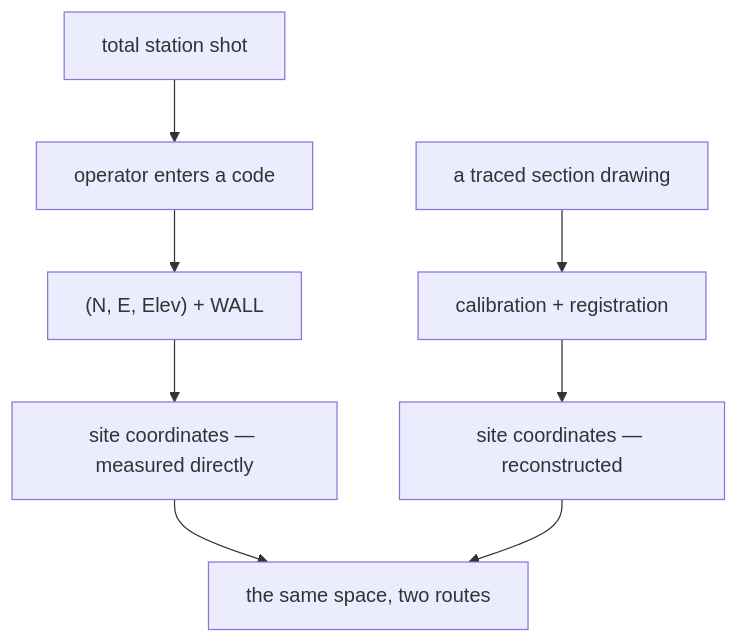
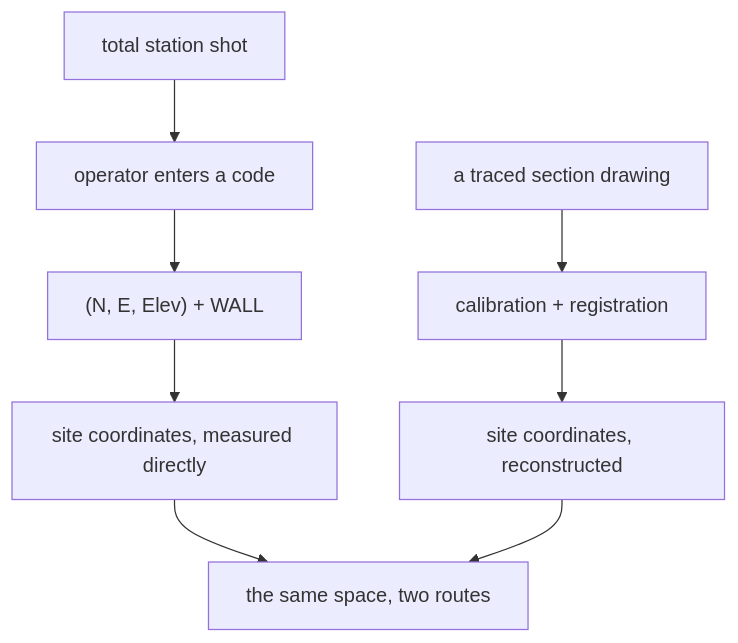
Before and after one commit to jennarbates/StratigraphyGenerator: the diagram in docs/archaeology/survey-point-codes.md, drawn with Mermaid. The commit also changed other lines of this file and 309 other files, not shown here.

````diff
--- a/docs/archaeology/survey-point-codes.md
+++ b/docs/archaeology/survey-point-codes.md
@@ -42,10 +42,10 @@
 ```mermaid
 flowchart TB
   T["total station shot"] --> C["operator enters a code"]
   C --> R["(N, E, Elev) + WALL"]
-  R --> S["site coordinates — measured directly"]
+  R --> S["site coordinates, measured directly"]
   D["a traced section drawing"] --> Cal["calibration + registration"]
-  Cal --> S2["site coordinates — reconstructed"]
+  Cal --> S2["site coordinates, reconstructed"]
   S --> Same["the same space, two routes"]
   S2 --> Same
 ```
````
